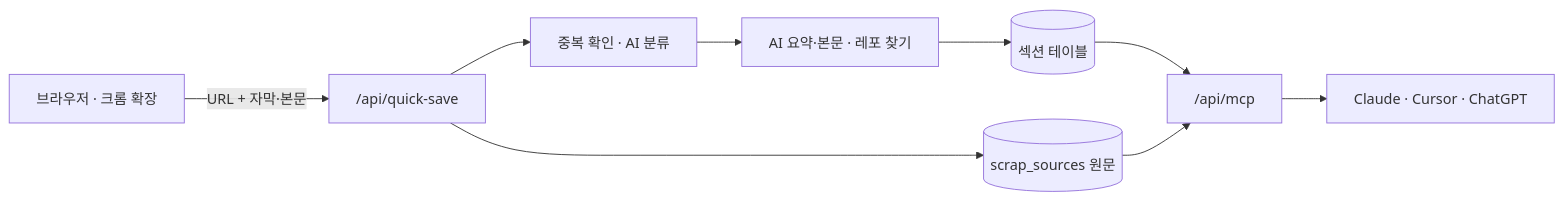
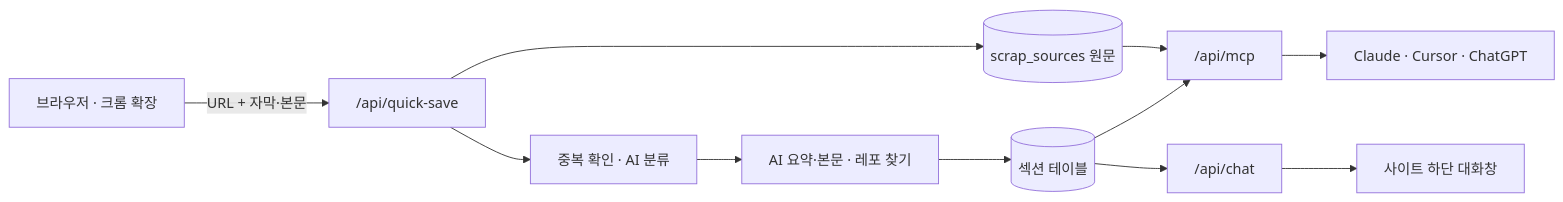
Before and after one commit to hongci9999/myLittleWebsite: the second of 3 diagrams in client/public/about.md, drawn with Mermaid. The commit also changed other lines of this file and 16 other files, not shown here.

First line of the commit message:
feat: 사이트 대화창 — 하단 입력창 + POST /api/chat (MCP 도구 재사용)

````diff
--- a/client/public/about.md
+++ b/client/public/about.md
@@ -153,11 +155,13 @@
 ```mermaid
 flowchart LR
   B[브라우저 · 크롬 확장] -->|URL + 자막·본문| Q["/api/quick-save"]
   Q --> CL[중복 확인 · AI 분류]
   CL --> F[AI 요약·본문 · 레포 찾기]
   F --> DB[(섹션 테이블)]
   Q --> SRC[(scrap_sources 원문)]
   DB --> M["/api/mcp"]
   SRC --> M
   M --> AI[Claude · Cursor · ChatGPT]
+  DB --> C["/api/chat"]
+  C --> W[사이트 하단 대화창]
 ```
````
